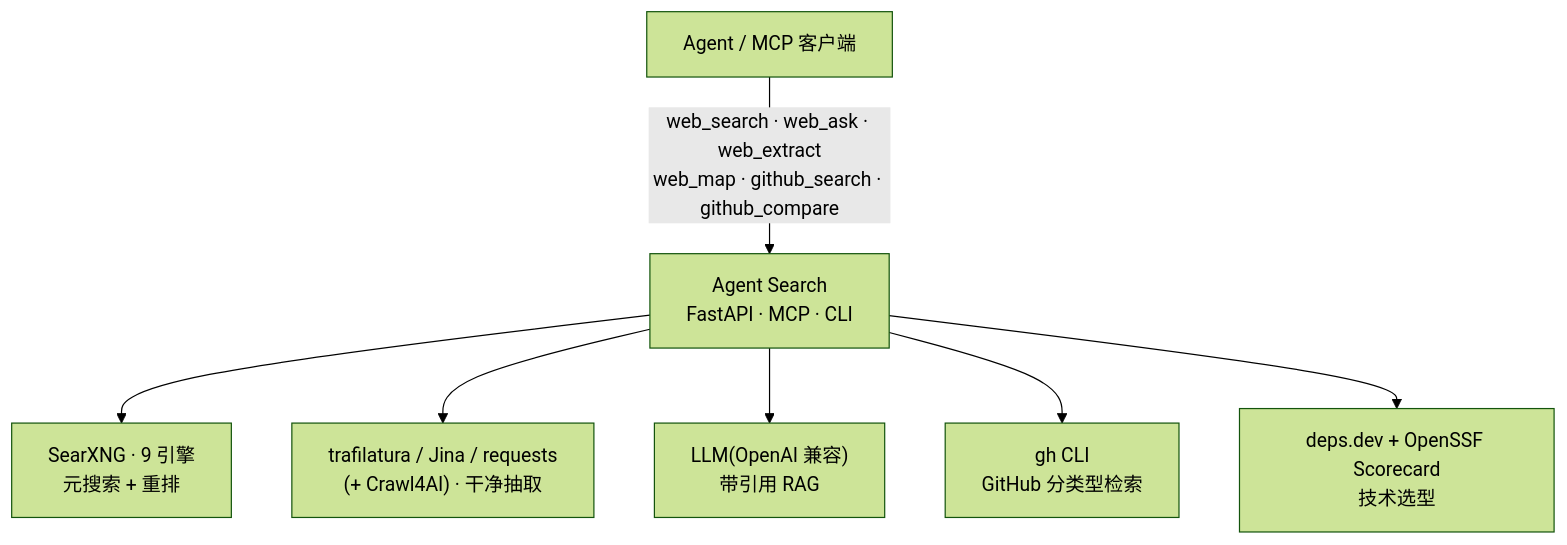
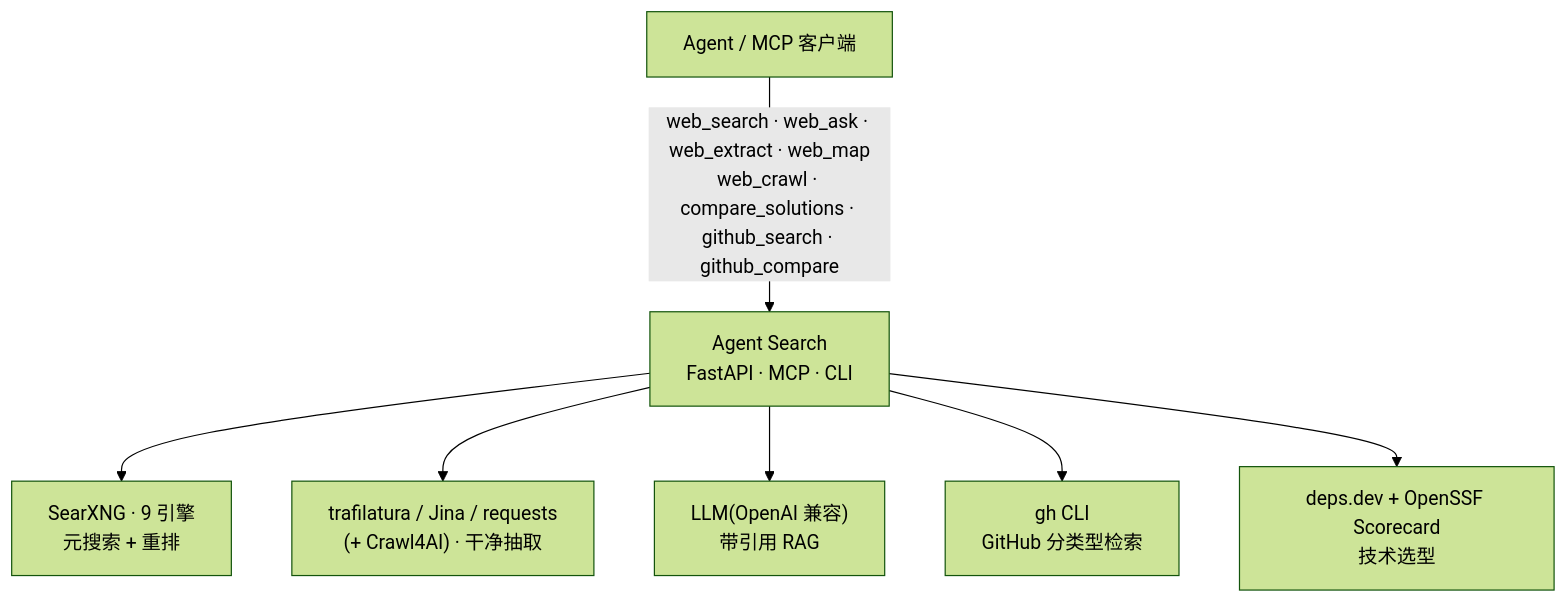
Before and after one commit to cedarsaam/agent-search: the diagram in README.zh-CN.md, drawn with Mermaid (forest theme). The commit also changed other lines of this file and 4 other files, not shown here.

First line of the commit message:
docs: document web_crawl + compare_solutions, typo-tolerance, optional deps

````diff
--- a/README.zh-CN.md
+++ b/README.zh-CN.md
@@ -73,9 +76,9 @@
 ```mermaid
 flowchart TD
-    A["Agent / MCP 客户端"] -->|"web_search · web_ask · web_extract<br/>web_map · github_search · github_compare"| B["Agent Search<br/>FastAPI · MCP · CLI"]
+    A["Agent / MCP 客户端"] -->|"web_search · web_ask · web_extract · web_map<br/>web_crawl · compare_solutions · github_search · github_compare"| B["Agent Search<br/>FastAPI · MCP · CLI"]
     B --> C["SearXNG · 9 引擎<br/>元搜索 + 重排"]
     B --> D["trafilatura / Jina / requests<br/>(+ Crawl4AI) · 干净抽取"]
     B --> E["LLM(OpenAI 兼容)<br/>带引用 RAG"]
     B --> F["gh CLI<br/>GitHub 分类型检索"]
     B --> G["deps.dev + OpenSSF Scorecard<br/>技术选型"]
 ```
````
